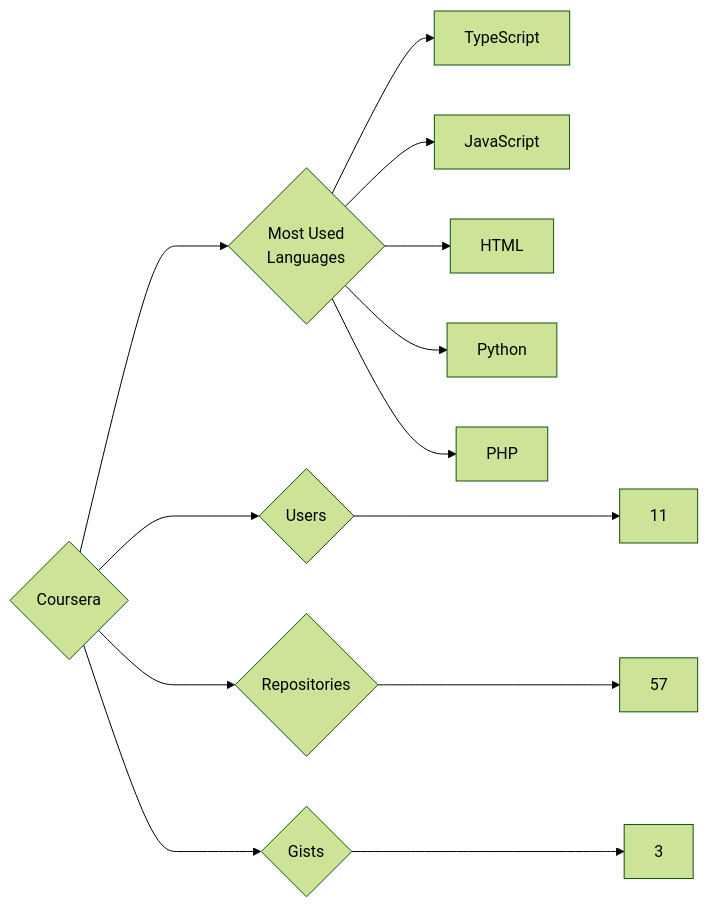
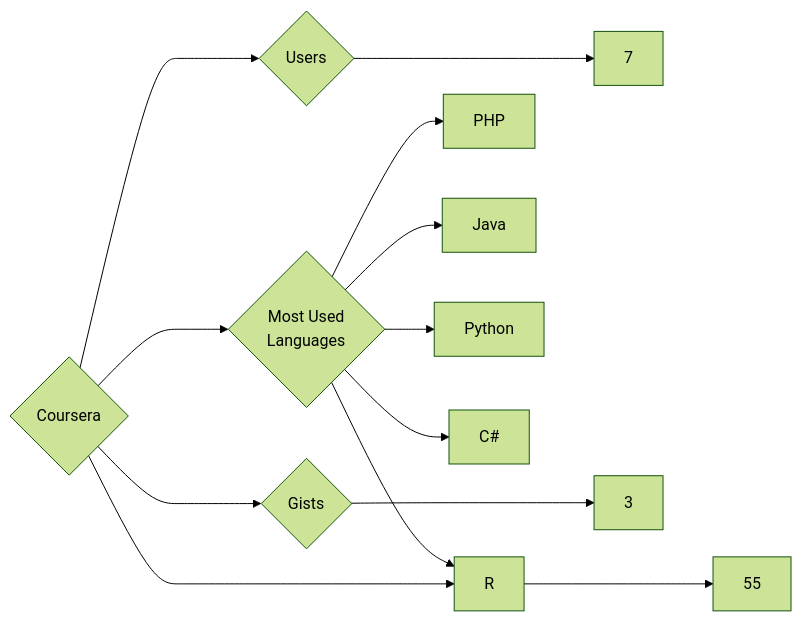
One commit to trickest/insiders changed the diagram in targets/Coursera/README.md. Above: the diagram before and after it, drawn with Mermaid (forest theme). The commit also changed 748 other files, not shown here.

````diff
--- a/targets/Coursera/README.md
+++ b/targets/Coursera/README.md
@@ -3,13 +3,13 @@
 ```mermaid
 graph LR
 COMPANY_NAME{Coursera}
-COMPANY_NAME ---> U{Users} ---> UN[11]
-COMPANY_NAME ---> R{Repositories} ---> RN[57]
+COMPANY_NAME ---> U{Users} ---> UN[7]
+COMPANY_NAME ---> R{Repositories} ---> RN[55]
 COMPANY_NAME ---> G{Gists} ---> GN[3]
 COMPANY_NAME ---> ML{Most Used<br>Languages}
-ML --> TypeScript[TypeScript]
-ML --> JavaScript[JavaScript]
-ML --> HTML[HTML]
+ML --> PHP[PHP]
+ML --> Java[Java]
 ML --> Python[Python]
-ML --> PHP[PHP]
+ML --> C#[C#]
+ML --> R[R]
 ```
````
